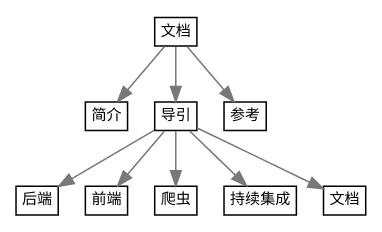
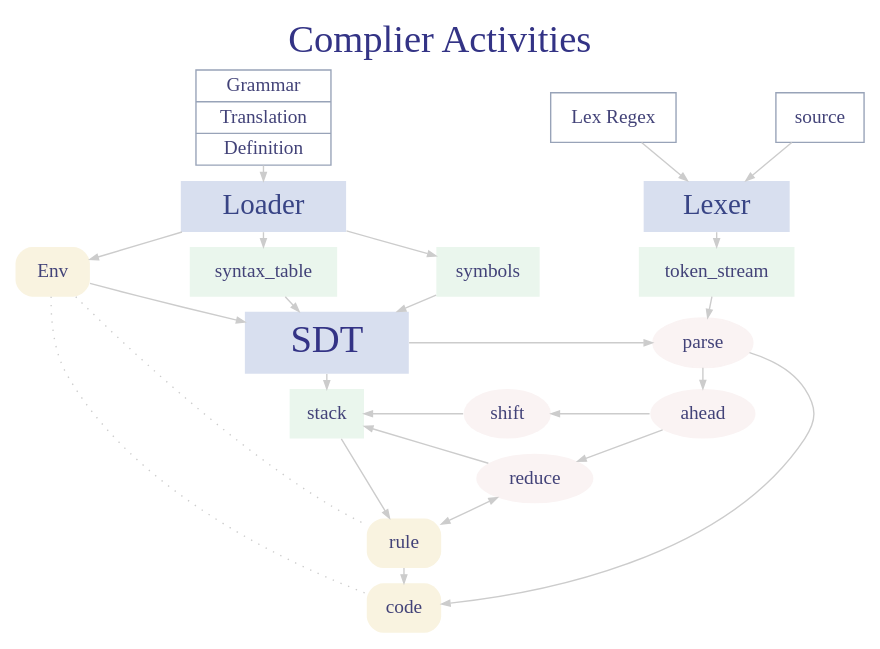
The diagram in doc/index.rst (dannyvi/compile-c-by-python), drawn with Graphviz before and after one commit. The commit also changed other lines of this file and 5 other files, not shown here.

Commit message:
Documented Compiler Activity Diagram.

```diff
--- a/doc/index.rst
+++ b/doc/index.rst
@@ -21,37 +20,58 @@
 .. graphviz::
 
-   digraph idp_modules{
+   digraph compiler_modules{
      bgcolor="none";
-     margin = .5;
      rankdir = TB;
-     fontsize = 10;
-     node [margin=0.06 ,width=0, height=0, fontsize=10, shape = "record", fontcolor="black"];
-     edge [ color="grey47"];
+     ranksep = 0.15;
+     fontsize = 28;
+     margin = "0.3, 0.5";
+     fontcolor = "#333385";
+     nodesep = 1.0;
+     overlap = false;
+     labelloc="t" ;
+     label = "Complier Activities";
+     node [ fontsize=14,color="#98a3b8", fontcolor="#424278"];
+     edge [ color="#cccccc", arrowsize=0.6];
 
-     doc_index [label="文档"];
+     node [shape=record];
+     grammar [shape=record,label="{ <f0>  Grammar  | <f1> Translation  | <f2> Definition  } "];
+     lexrule [shape=record,label=" Lex Regex "];
 
-     intro [label = "简介"];
-     guide [label = "导引"];
-     reference [label = "参考"];
+     {rank = same; grammar; lexrule; source;}
+     node [shape=ellipse, style=filled, fillcolor="#faf3f3", color=none];
+     {rank = same;
+      Loader[margin="0.3,0.1", shape=box, style=filled, fontsize=21, fontcolor="#384485", fillcolor ="#d8dfef"];
+      Lexer[margin="0.3,0.1", shape=box, style=filled, fontsize=21, fontcolor="#384485", fillcolor ="#d8dfef"];
+      }
+     grammar -> Loader -> Env -> SDT [weight=1.0];
 
-     doc_index -> intro;
-     doc_index -> guide;
-     doc_index -> reference;
-
-     { rank = same; intro; guide; reference; }
-
-     backend [label = "后端"];
-     frontend [label = "前端"];
-     scraper [label = "爬虫"];
-     ci      [label = "持续集成"];
-     documentation [label = "文档"];
-
-     guide -> backend;
-     guide -> frontend;
-     guide -> scraper;
-     guide -> ci;
-     guide -> documentation;
-
-     { rank = same; backend; frontend; scraper; ci; documentation; }
+     {rank = same;
+      Env [shape=box, style="rounded,filled",fillcolor="#f9f3e0"];
+      syntax_table[shape=box, style=filled,fillcolor="#eaf6ed"];
+      symbols[shape=box, style=filled,fillcolor="#eaf6ed"];
+      token_stream [shape=box, style=filled, fillcolor="#eaf6ed"];
+     }
+     {rank = same;
+      SDT [margin="0.4,0.1",shape=box, style=filled, fontsize=28, fontcolor="#333385", fillcolor ="#d8dfef"];
+      parse [shape=ellipse, style=filled, fillcolor="#faf3f3", color="#faf3f3"];
+      }
+     SDT -> parse ;
+     Loader -> syntax_table;
+     syntax_table -> SDT ;
+     Loader -> symbols -> SDT;
+     rule [shape=box, style="rounded,filled",fillcolor="#f9f3e0"];
+     code [shape=box, style="rounded,filled",fillcolor="#f9f3e0"];
+     {rank = same; stack -> shift -> ahead [dir=back]; }
+     stack [shape=box, style=filled, fillcolor="#eaf6ed"];
+     SDT -> stack;
+     lexrule -> Lexer -> token_stream -> parse -> ahead -> reduce ;
+     reduce -> stack [weight=1.2];
+     source -> Lexer;
+     reduce -> rule [dir=both];
+     parse -> code [weight=0.01];
+     stack -> rule ;
+     rule -> code ;
+     Env -> rule [style=dotted, arrowhead=none, weight=0.01];
+     Env -> code [style=dotted, arrowhead=none, weight=0.01];
 
    }
```
